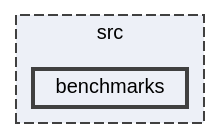
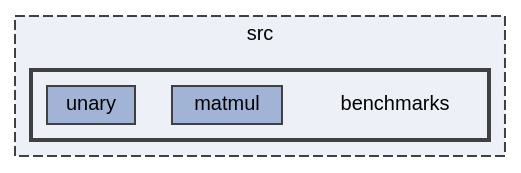
The diagram in dir_41b668e9275061b2af1811d766f5b837_dep.dot (Shad00Z/machine-learning-compilers), drawn with Graphviz before and after one commit. The commit also changed 84 other files, not shown here.

```diff
--- a/dir_41b668e9275061b2af1811d766f5b837_dep.dot
+++ b/dir_41b668e9275061b2af1811d766f5b837_dep.dot
@@ -1,12 +1,17 @@
 digraph "/home/runner/work/machine-learning-compilers/machine-learning-compilers/src/benchmarks"
 {
  // LATEX_PDF_SIZE
   bgcolor="transparent";
   edge [fontname=Helvetica,fontsize=10,labelfontname=Helvetica,labelfontsize=10];
   node [fontname=Helvetica,fontsize=10,shape=box,height=0.2,width=0.4];
   compound=true
   subgraph clusterdir_68267d1309a1af8e8297ef4c3efbcdba {
     graph [ bgcolor="#edf0f7", pencolor="grey25", label="src", fontname=Helvetica,fontsize=10 style="filled,dashed", URL="dir_68267d1309a1af8e8297ef4c3efbcdba.html",tooltip=""]
-  dir_41b668e9275061b2af1811d766f5b837 [label="benchmarks", fillcolor="#edf0f7", color="grey25", style="filled,bold", URL="dir_41b668e9275061b2af1811d766f5b837.html",tooltip=""];
+  subgraph clusterdir_41b668e9275061b2af1811d766f5b837 {
+    graph [ bgcolor="#edf0f7", pencolor="grey25", label="", fontname=Helvetica,fontsize=10 style="filled,bold", URL="dir_41b668e9275061b2af1811d766f5b837.html",tooltip=""]
+    dir_41b668e9275061b2af1811d766f5b837 [shape=plaintext, label="benchmarks"];
+  dir_acfa0d7404895582bc9e59f9be4f0f55 [label="matmul", fillcolor="#a2b4d6", color="grey25", style="filled", URL="dir_acfa0d7404895582bc9e59f9be4f0f55.html",tooltip=""];
+  dir_35198e0b3f77597227874a7a59b011b8 [label="unary", fillcolor="#a2b4d6", color="grey25", style="filled", URL="dir_35198e0b3f77597227874a7a59b011b8.html",tooltip=""];
+  }
   }
 }
```
